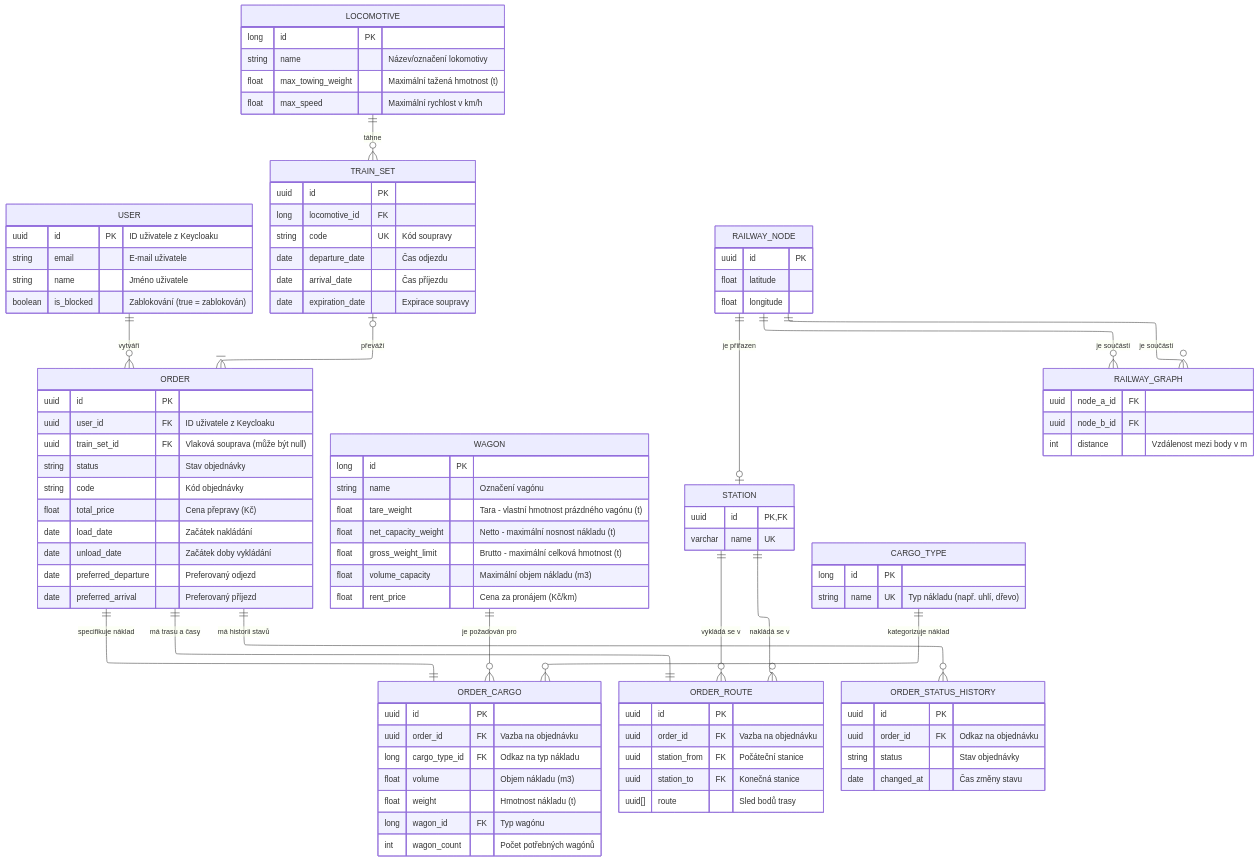
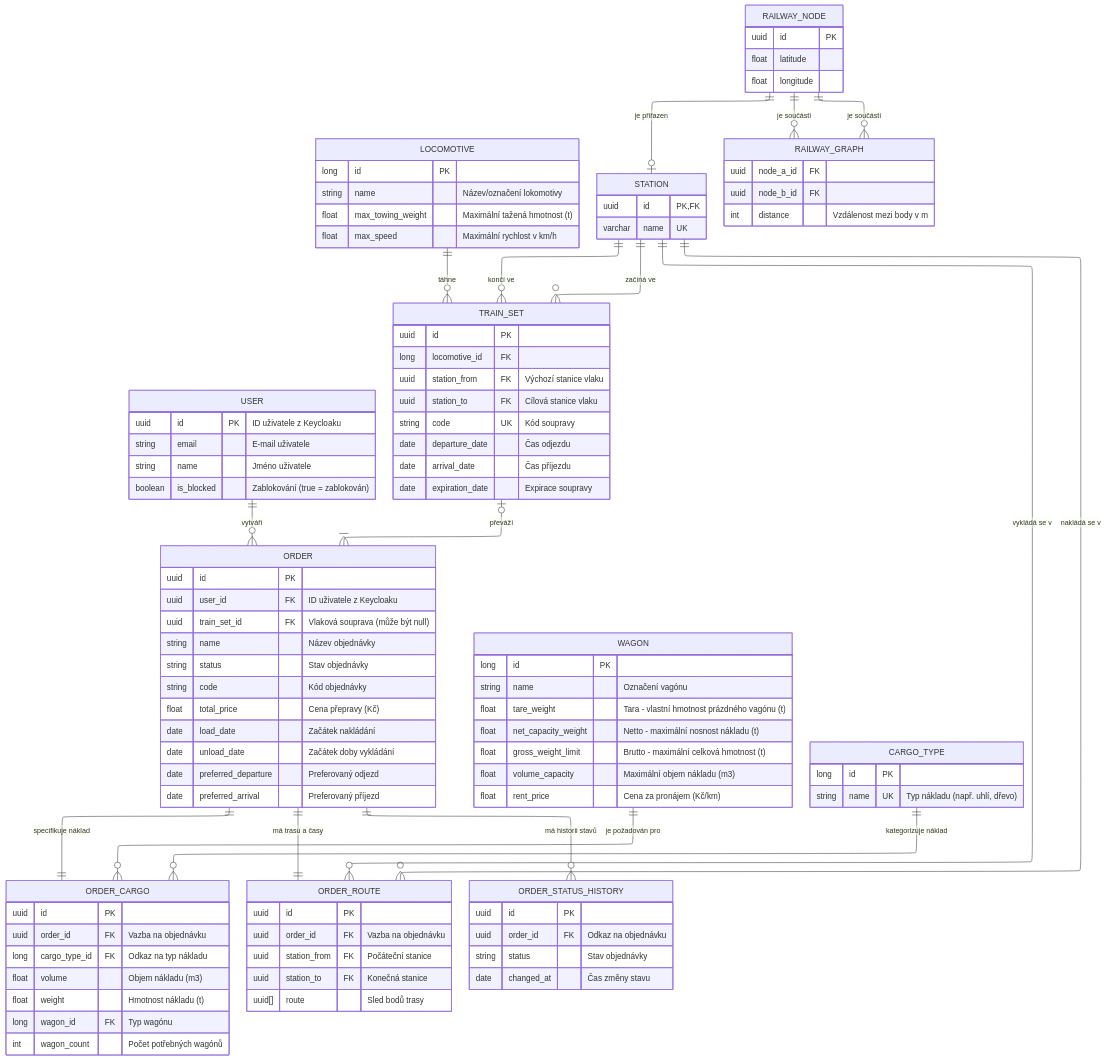
One commit to Heymuch/rocnikovy-projekt changed the diagram in database/README.md. Above: the diagram before and after it, drawn with Mermaid. The commit also changed 16 other files, not shown here.

Commit message:
Úprava databáze (přidání station_from a station_to do train_set, přidání name do order) + potřebné úpravy. U order předělané cargoes na cargo. Přidán insert sql dotazy pro vzorová data (jen testovací)

```diff
--- a/database/README.md
+++ b/database/README.md
@@ -9,6 +9,7 @@
         uuid id PK
         uuid user_id FK "ID uživatele z Keycloaku"
         uuid train_set_id FK "Vlaková souprava (může být null)"
+        string name "Název objednávky"
         string status "Stav objednávky"
         string code "Kód objednávky"
         float total_price "Cena přepravy (Kč)"
@@ -70,6 +71,8 @@
     TRAIN_SET {
         uuid id PK
         long locomotive_id FK
+        uuid station_from FK "Výchozí stanice vlaku"
+        uuid station_to FK "Cílová stanice vlaku"
         string code UK "Kód soupravy"
         date departure_date "Čas odjezdu"
         date arrival_date "Čas příjezdu"
@@ -104,6 +107,8 @@
 %% ROUTE má dvě až více stanic (značeno jako 1..N), STATION má nula až více ROUTE
     STATION ||--o{ ORDER_ROUTE : "nakládá se v"
     STATION ||--o{ ORDER_ROUTE : "vykládá se v"
+    STATION ||--o{ TRAIN_SET : "začíná ve"
+    STATION ||--o{ TRAIN_SET : "končí ve"
 
 %% LOCOMOTIVE má nula až víc TRAIN SET. TRAIN SET má vždy jednu TRAIN.
     LOCOMOTIVE ||--o{ TRAIN_SET : "táhne"
```
